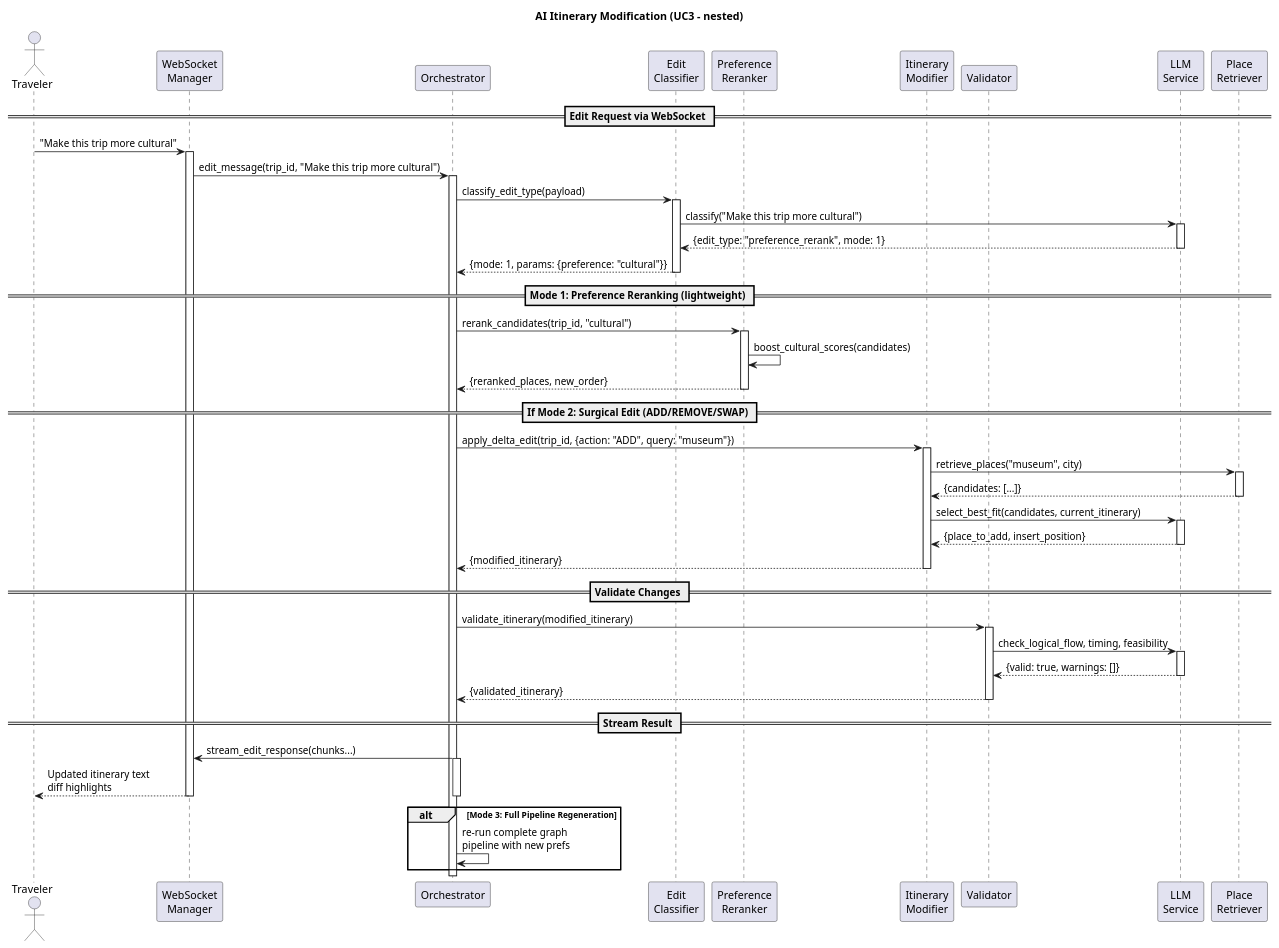
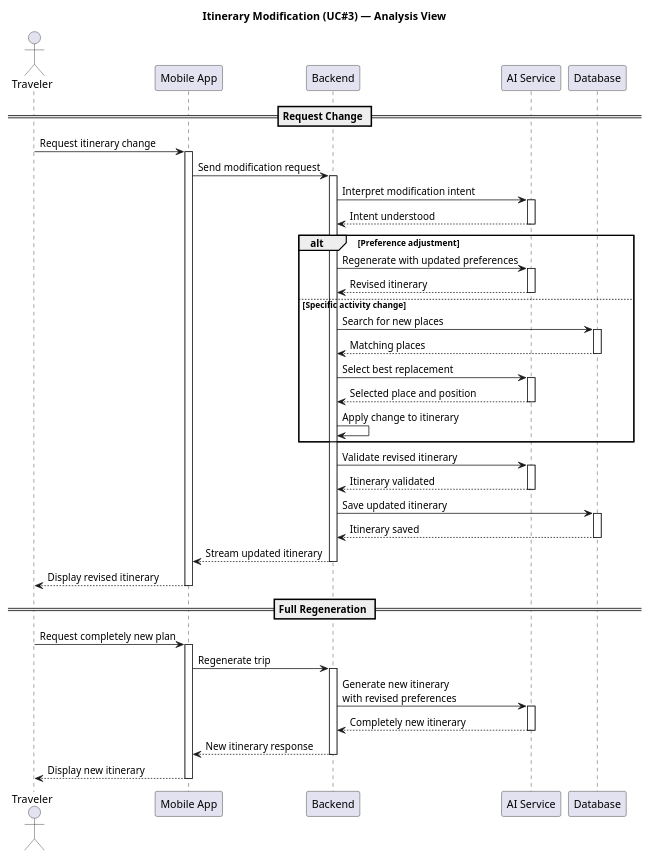
One commit to AbdelrahmanMostafa33/TourMate-AI changed the diagram in docs/Diagrams/sequence_itinerary_modification.puml. Above: the diagram before and after it, drawn with PlantUML. The commit also changed 87 other files, not shown here.

Commit message:
feat: add trip cancellation and place exploration

```diff
--- a/docs/Diagrams/sequence_itinerary_modification.puml
+++ b/docs/Diagrams/sequence_itinerary_modification.puml
@@ -1,89 +1,76 @@
 @startuml Itinerary_Modification_Flow
-title AI Itinerary Modification (UC3 - nested)
+title Itinerary Modification (UC#3) — Analysis View
 
 actor Traveler
-participant "WebSocket\nManager" as WS
-participant "Orchestrator" as Orch
-participant "Edit\nClassifier" as EC
-participant "Preference\nReranker" as PR
-participant "Itinerary\nModifier" as IM
-participant "Validator" as Val
-participant "LLM\nService" as LLM
-participant "Place\nRetriever" as Ret
+participant "Mobile App" as App
+participant "Backend" as Backend
+participant "AI Service" as AI
+participant "Database" as DB
 
-== Edit Request via WebSocket ==
+== Request Change ==
 
-Traveler -> WS: "Make this trip more cultural"
-activate WS
+Traveler -> App: Request itinerary change
+activate App
 
-WS -> Orch: edit_message(trip_id, "Make this trip more cultural")
-activate Orch
+App -> Backend: Send modification request
+activate Backend
 
-Orch -> EC: classify_edit_type(payload)
-activate EC
+Backend -> AI: Interpret modification intent
+activate AI
+AI --> Backend: Intent understood
+deactivate AI
 
-EC -> LLM: classify("Make this trip more cultural")
-activate LLM
-LLM --> EC: {edit_type: "preference_rerank", mode: 1}
-deactivate LLM
+alt Preference adjustment
+  Backend -> AI: Regenerate with updated preferences
+  activate AI
+  AI --> Backend: Revised itinerary
+  deactivate AI
 
-EC --> Orch: {mode: 1, params: {preference: "cultural"}}
-deactivate EC
-
-== Mode 1: Preference Reranking (lightweight) ==
-
-Orch -> PR: rerank_candidates(trip_id, "cultural")
-activate PR
-
-PR -> PR: boost_cultural_scores(candidates)
-PR --> Orch: {reranked_places, new_order}
-deactivate PR
-
-== If Mode 2: Surgical Edit (ADD/REMOVE/SWAP) ==
-
-' alt Mode 2 path
-
-Orch -> IM: apply_delta_edit(trip_id, {action: "ADD", query: "museum"})
-activate IM
-
-IM -> Ret: retrieve_places("museum", city)
-activate Ret
-Ret --> IM: {candidates: [...]}
-deactivate Ret
-
-IM -> LLM: select_best_fit(candidates, current_itinerary)
-activate LLM
-LLM --> IM: {place_to_add, insert_position}
-deactivate LLM
-
-IM --> Orch: {modified_itinerary}
-deactivate IM
-
-' end alt
-
-== Validate Changes ==
-
-Orch -> Val: validate_itinerary(modified_itinerary)
-activate Val
-
-Val -> LLM: check_logical_flow, timing, feasibility
-activate LLM
-LLM --> Val: {valid: true, warnings: []}
-deactivate LLM
-
-Val --> Orch: {validated_itinerary}
-deactivate Val
-
-== Stream Result ==
-
-Orch -> WS: stream_edit_response(chunks...)
-activate Orch
-WS --> Traveler: Updated itinerary text\ndiff highlights
-deactivate Orch
-deactivate WS
-
-alt Mode 3: Full Pipeline Regeneration
-  Orch -> Orch: re-run complete graph\npipeline with new prefs
+else Specific activity change
+  Backend -> DB: Search for new places
+  activate DB
+  DB --> Backend: Matching places
+  deactivate DB
+  Backend -> AI: Select best replacement
+  activate AI
+  AI --> Backend: Selected place and position
+  deactivate AI
+  Backend -> Backend: Apply change to itinerary
 end
 
+Backend -> AI: Validate revised itinerary
+activate AI
+AI --> Backend: Itinerary validated
+deactivate AI
+
+Backend -> DB: Save updated itinerary
+activate DB
+DB --> Backend: Itinerary saved
+deactivate DB
+
+Backend --> App: Stream updated itinerary
+deactivate Backend
+
+App --> Traveler: Display revised itinerary
+deactivate App
+
+== Full Regeneration ==
+
+Traveler -> App: Request completely new plan
+activate App
+
+App -> Backend: Regenerate trip
+activate Backend
+
+Backend -> AI: Generate new itinerary\nwith revised preferences
+activate AI
+AI --> Backend: Completely new itinerary
+deactivate AI
+
+Backend --> App: New itinerary response
+deactivate Backend
+
+App --> Traveler: Display new itinerary
+deactivate App
+
 @enduml
```
